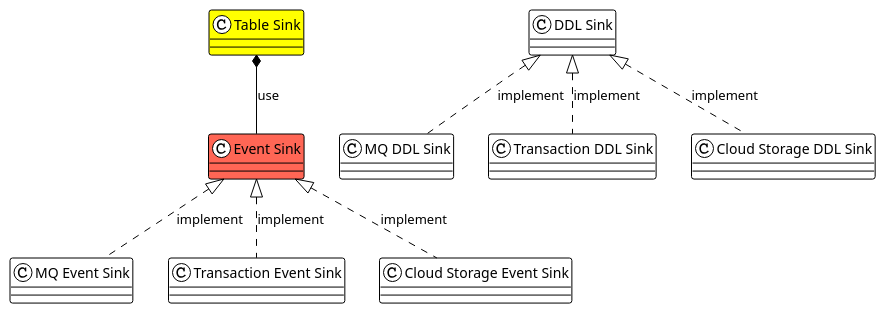
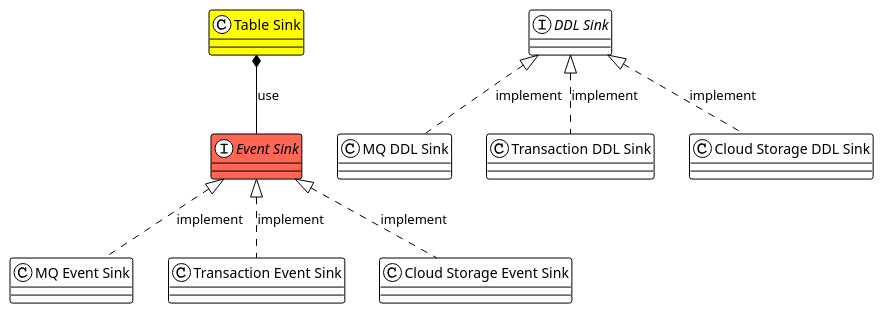
One commit to 0xPoe/talks changed the eighth of 14 diagrams in ticdc-new-sink.slide/slides.md. Above: the diagram before and after it, drawn with PlantUML. The commit also changed other lines of this file, not shown here.

````diff
--- a/ticdc-new-sink.slide/slides.md
+++ b/ticdc-new-sink.slide/slides.md
@@ -607,25 +610,25 @@
 ```plantuml
 @startuml
 !theme plain
 class TS as "Table Sink" #Yellow
-class ES as "Event Sink" #FF6655
+interface ES as "Event Sink" #FF6655
 class MQS as "MQ Event Sink"
 class TXNS as "Transaction Event Sink"
 class CSS as "Cloud Storage Event Sink"
 
 TS *-- ES : use
 
 ES <|.. MQS : implement
 ES <|.. TXNS : implement
 ES <|.. CSS : implement
 
-class DDLS as "DDL Sink"
+interface DDLS as "DDL Sink"
 class DDLMQS as "MQ DDL Sink"
 class DDLTXNS as "Transaction DDL Sink"
 class DDLCSS as "Cloud Storage DDL Sink"
 
 DDLS <|.. DDLMQS : implement
 DDLS <|.. DDLTXNS : implement
 DDLS <|.. DDLCSS : implement
 @enduml
 ```
````
